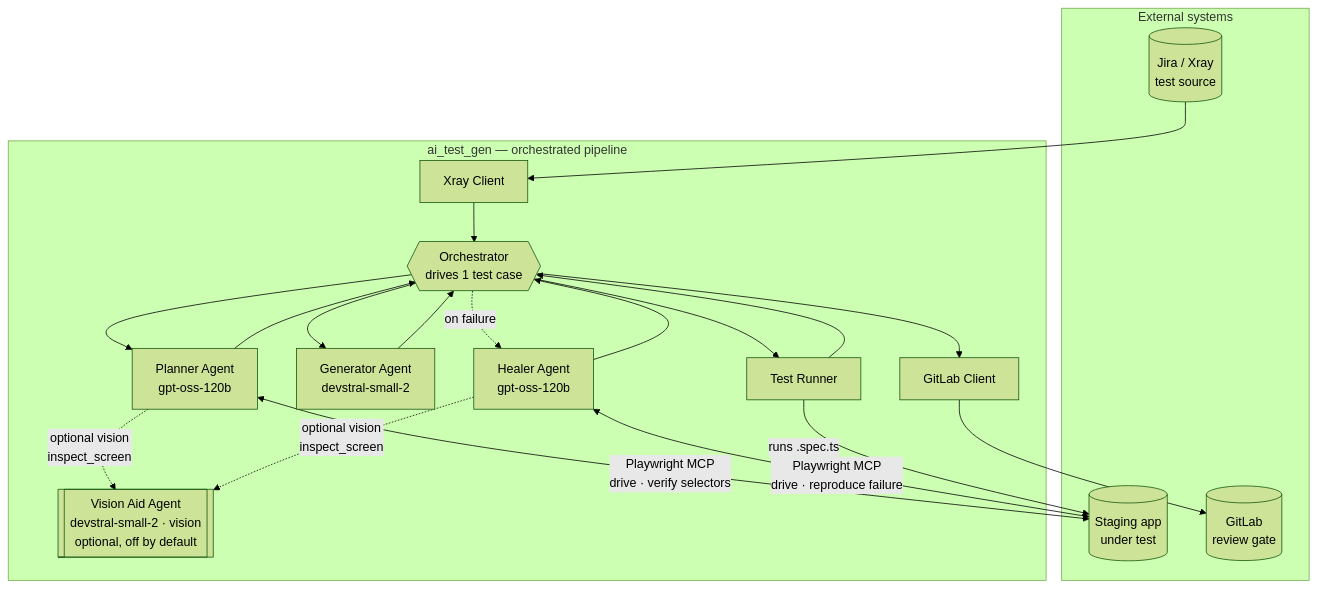
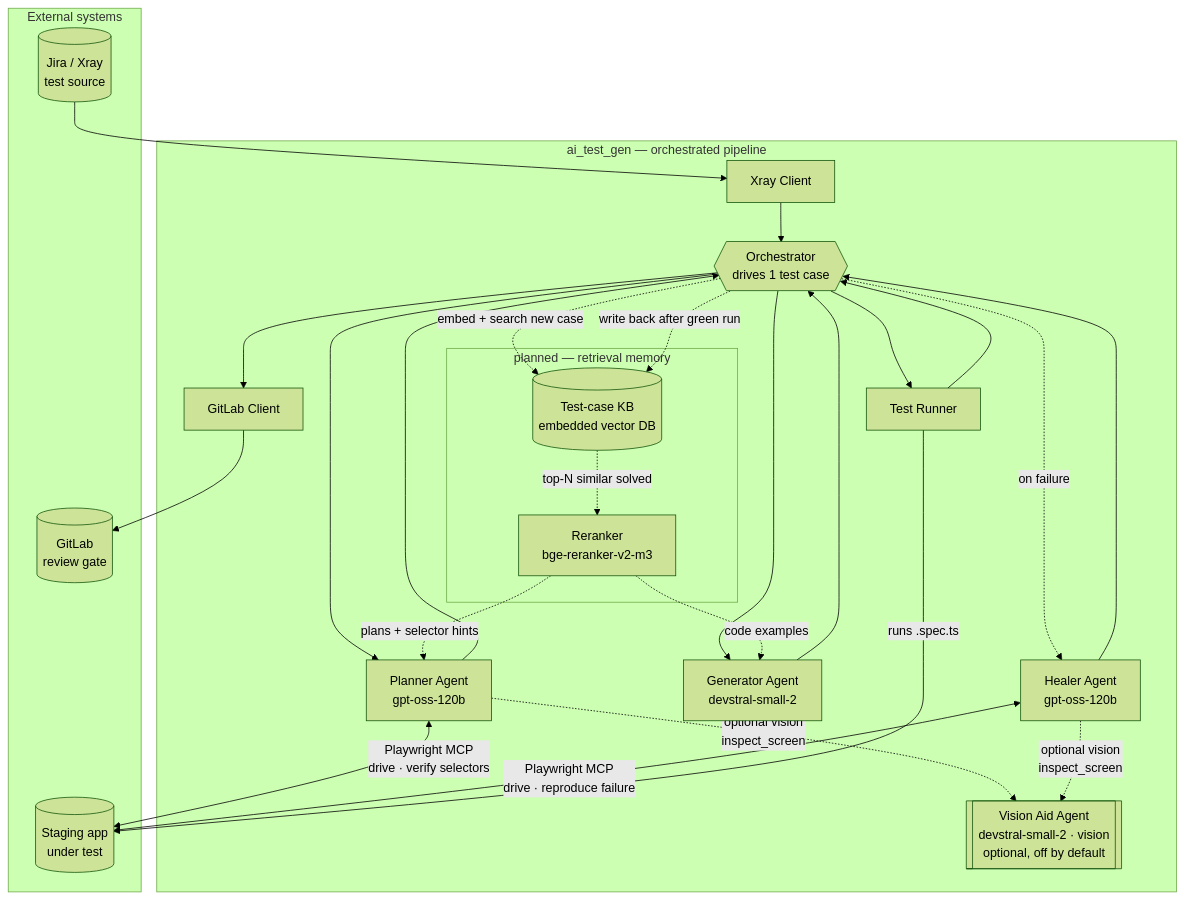
The first of 3 diagrams in docs/ARCHITECTURE.md (jpucic00/agentic-test-automation), drawn with Mermaid (forest theme) before and after one commit. The commit also changed other lines of this file and 1 other file, not shown here.

First line of the commit message:
Document the planned retrieval memory: embedded test-case KB + bge reranker

````diff
--- a/docs/ARCHITECTURE.md
+++ b/docs/ARCHITECTURE.md
@@ -20,34 +20,45 @@
 ```mermaid
 flowchart TB
     subgraph ext[" External systems "]
         XRAY[("Jira / Xray<br/>test source")]
         STG[("Staging app<br/>under test")]
         GLAB[("GitLab<br/>review gate")]
     end
 
     subgraph app[" ai_test_gen — orchestrated pipeline "]
         ORCH{{Orchestrator<br/>drives 1 test case}}
         XC[Xray Client]
         PL[Planner Agent<br/>gpt-oss-120b]
         GE[Generator Agent<br/>devstral-small-2]
         RUN[Test Runner]
         HE[Healer Agent<br/>gpt-oss-120b]
         GL[GitLab Client]
         VA[[Vision Aid Agent<br/>devstral-small-2 · vision<br/>optional, off by default]]
+
+        subgraph ragm[" planned — retrieval memory "]
+            KB[("Test-case KB<br/>embedded vector DB")]
+            RR[Reranker<br/>bge-reranker-v2-m3]
+        end
     end
 
     XRAY --> XC --> ORCH
     ORCH --> PL --> ORCH
     ORCH --> GE --> ORCH
     ORCH --> RUN --> ORCH
     ORCH -. on failure .-> HE
     HE --> ORCH
     ORCH --> GL --> GLAB
 
     PL <-->|Playwright MCP<br/>drive · verify selectors| STG
     HE <-->|Playwright MCP<br/>drive · reproduce failure| STG
     RUN -->|runs .spec.ts| STG
 
     PL -. optional vision<br/>inspect_screen .-> VA
     HE -. optional vision<br/>inspect_screen .-> VA
+
+    ORCH -. embed + search new case .-> KB
+    KB -. top-N similar solved .-> RR
+    RR -. plans + selector hints .-> PL
+    RR -. code examples .-> GE
+    ORCH -. write back after green run .-> KB
 ```
````
